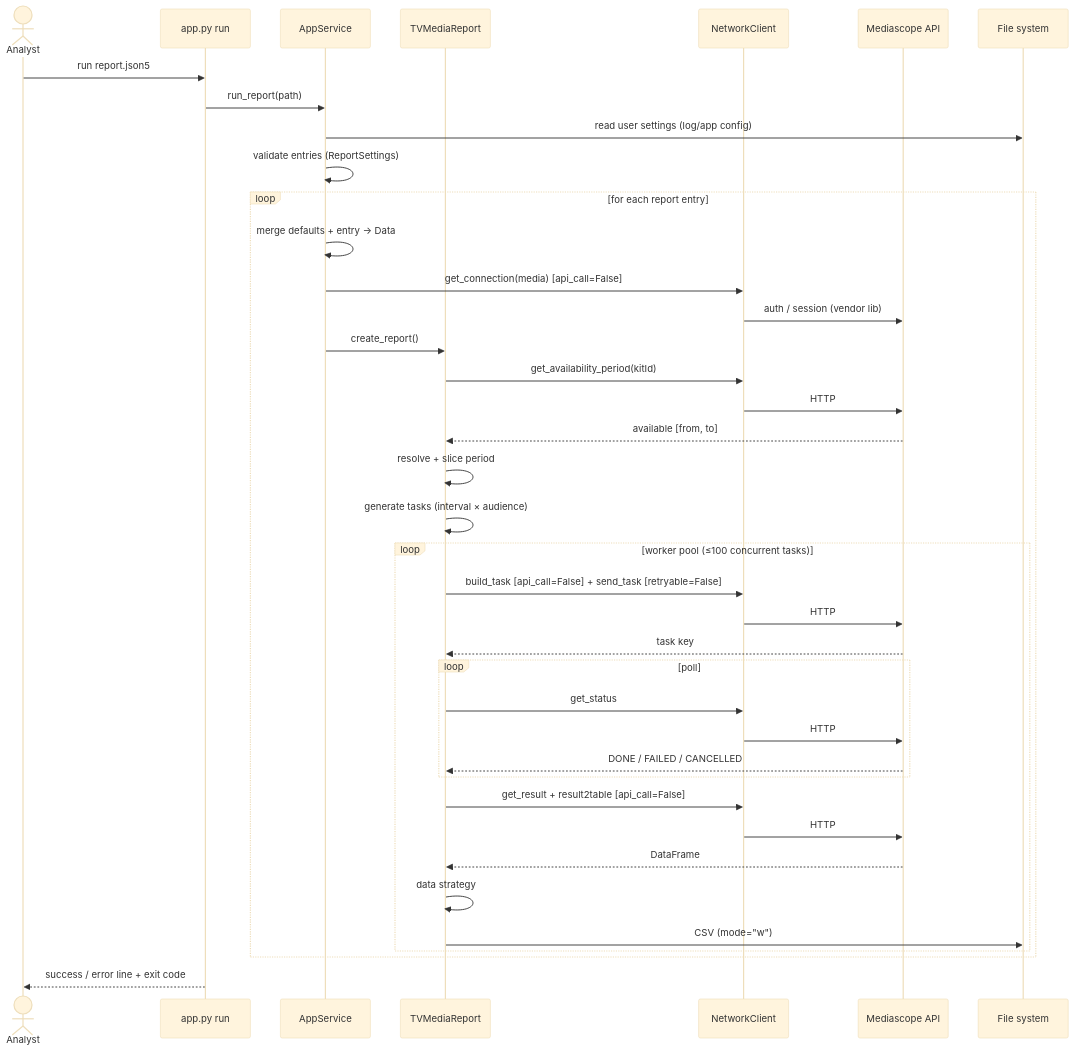
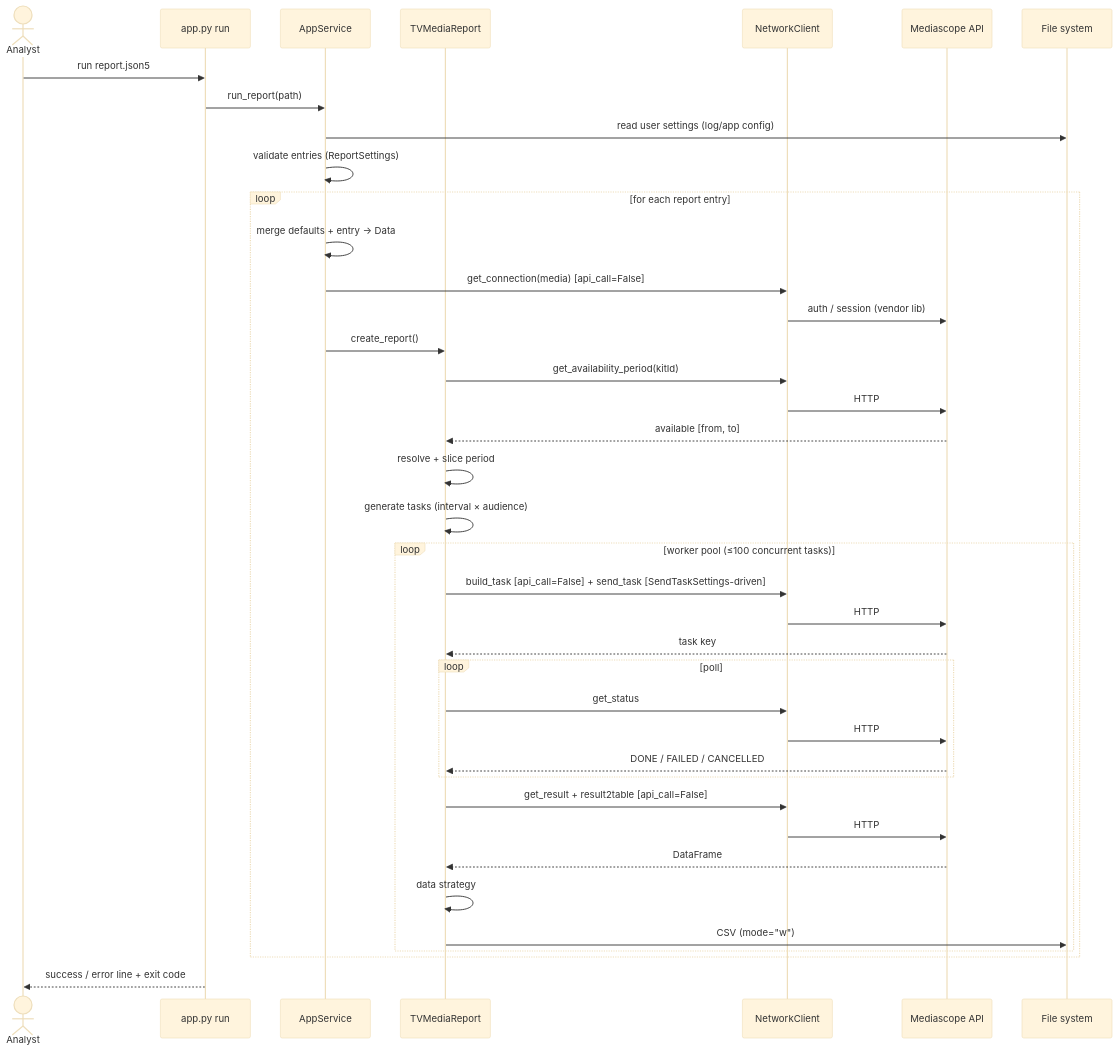
Before and after one commit to manicko/mko_get_mediascope_data: the fourth of 4 diagrams in docs/00-overview/system-architecture.md, drawn with Mermaid (base theme). The commit also changed other lines of this file and 1 other file, not shown here.

First line of the commit message:
docs: update send_task documentation to config-driven SendTaskSettings

````diff
--- a/docs/00-overview/system-architecture.md
+++ b/docs/00-overview/system-architecture.md
@@ -139,41 +139,41 @@
 ```mermaid
 sequenceDiagram
     actor U as Analyst
     participant CLI as app.py run
     participant SVC as AppService
     participant REP as TVMediaReport
     participant NET as NetworkClient
     participant API as Mediascope API
     participant FS as File system
     U->>CLI: run report.json5
     CLI->>SVC: run_report(path)
     SVC->>FS: read user settings (log/app config)
     SVC->>SVC: validate entries (ReportSettings)
     loop for each report entry
         SVC->>SVC: merge defaults + entry → Data
         SVC->>NET: get_connection(media) [api_call=False]
         NET->>API: auth / session (vendor lib)
         SVC->>REP: create_report()
         REP->>NET: get_availability_period(kitId)
         NET->>API: HTTP
         API-->>REP: available [from, to]
         REP->>REP: resolve + slice period
         REP->>REP: generate tasks (interval × audience)
         loop worker pool (≤100 concurrent tasks)
-            REP->>NET: build_task [api_call=False] + send_task [retryable=False]
+            REP->>NET: build_task [api_call=False] + send_task [SendTaskSettings-driven]
             NET->>API: HTTP
             API-->>REP: task key
             loop poll
                 REP->>NET: get_status
                 NET->>API: HTTP
                 API-->>REP: DONE / FAILED / CANCELLED
             end
             REP->>NET: get_result + result2table [api_call=False]
             NET->>API: HTTP
             API-->>REP: DataFrame
             REP->>REP: data strategy
             REP->>FS: CSV (mode="w")
         end
     end
     CLI-->>U: success / error line + exit code
 ```
````
